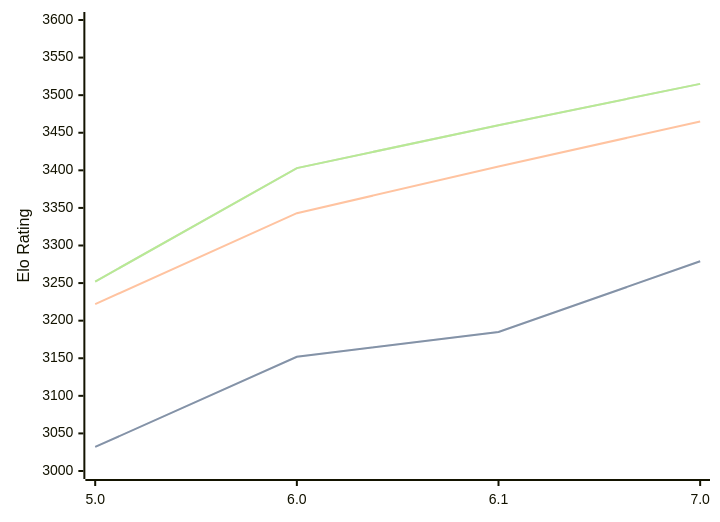
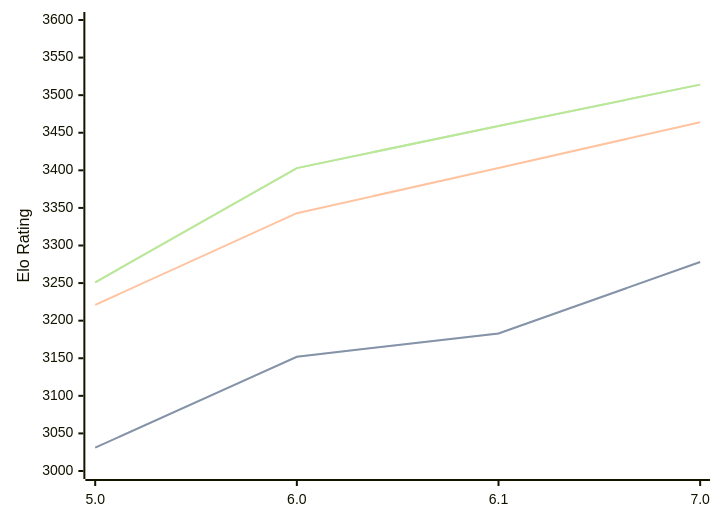
The diagram in engines/PZChessBot.md (computer-chess-index/cci), drawn with Mermaid before and after one commit. The commit also changed other lines of this file, not shown here.

Commit message:
Update CCI Ratings (ELO VLTC) - 2026-06-10

````diff
--- a/engines/PZChessBot.md
+++ b/engines/PZChessBot.md
@@ -43,11 +43,11 @@
 ```mermaid
 %%{init: {"theme":"base","themeVariables":{"seriesColors:['#a3a3a3','#222221','#faa371']}}}%%
 xychart-beta
   x-axis ["5.0", "6.0", "6.1", "7.0"]
   y-axis "Elo Rating" 3000 --> 3600
-  line "STC (8.0+0.08s)" [3032, 3152, 3185, 3279]
-  line "STC (8.0+0.08s)" [3032, 3152, 3185, 3279]
-  line "LTC (60.0+0.60s)" [3222, 3343, 3405, 3465]
-  line "VLTC (2m24s+1.12s)" [3252, 3403, 3460, 3515]
-  line "VLTC (2m24s+1.12s)" [3252, 3403, 3460, 3515]
+  line "STC (8.0+0.08s)" [3031, 3152, 3183, 3278]
+  line "STC (8.0+0.08s)" [3031, 3152, 3183, 3278]
+  line "LTC (60.0+0.60s)" [3221, 3343, 3403, 3464]
+  line "VLTC (2m24s+1.12s)" [3251, 3403, 3459, 3514]
+  line "VLTC (2m24s+1.12s)" [3251, 3403, 3459, 3514]
 ```
````
